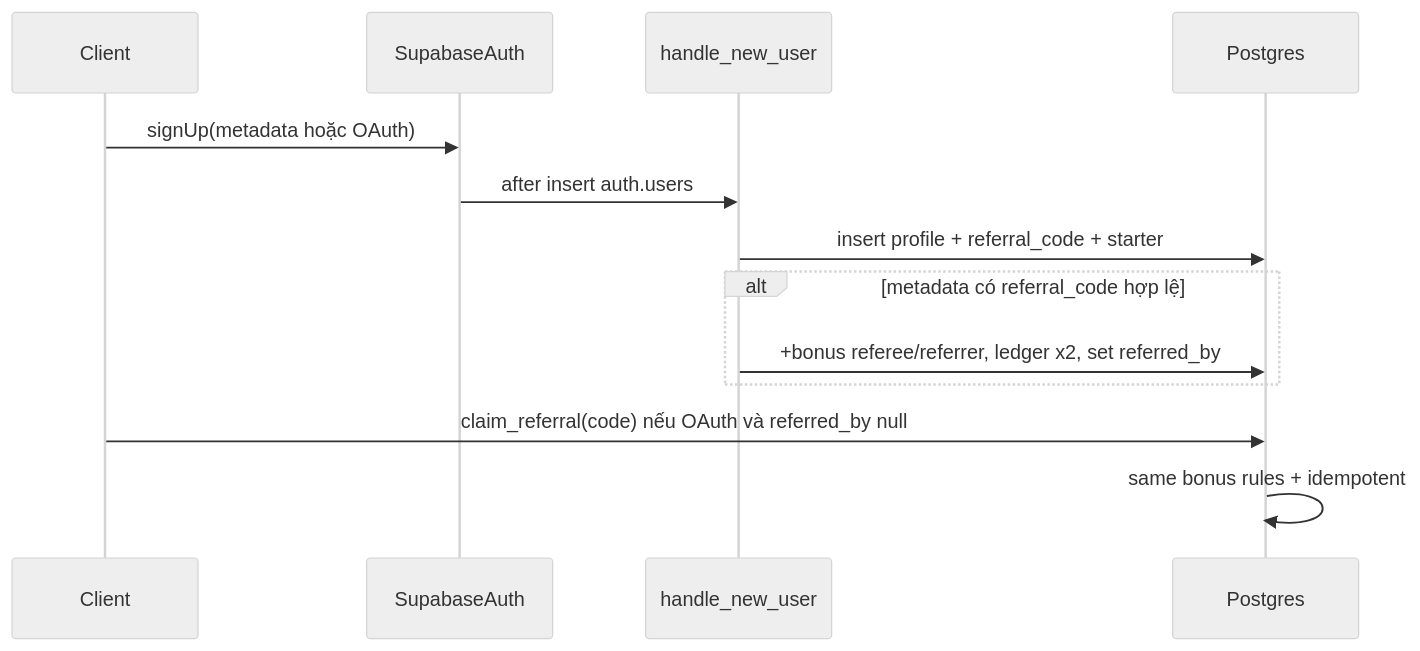
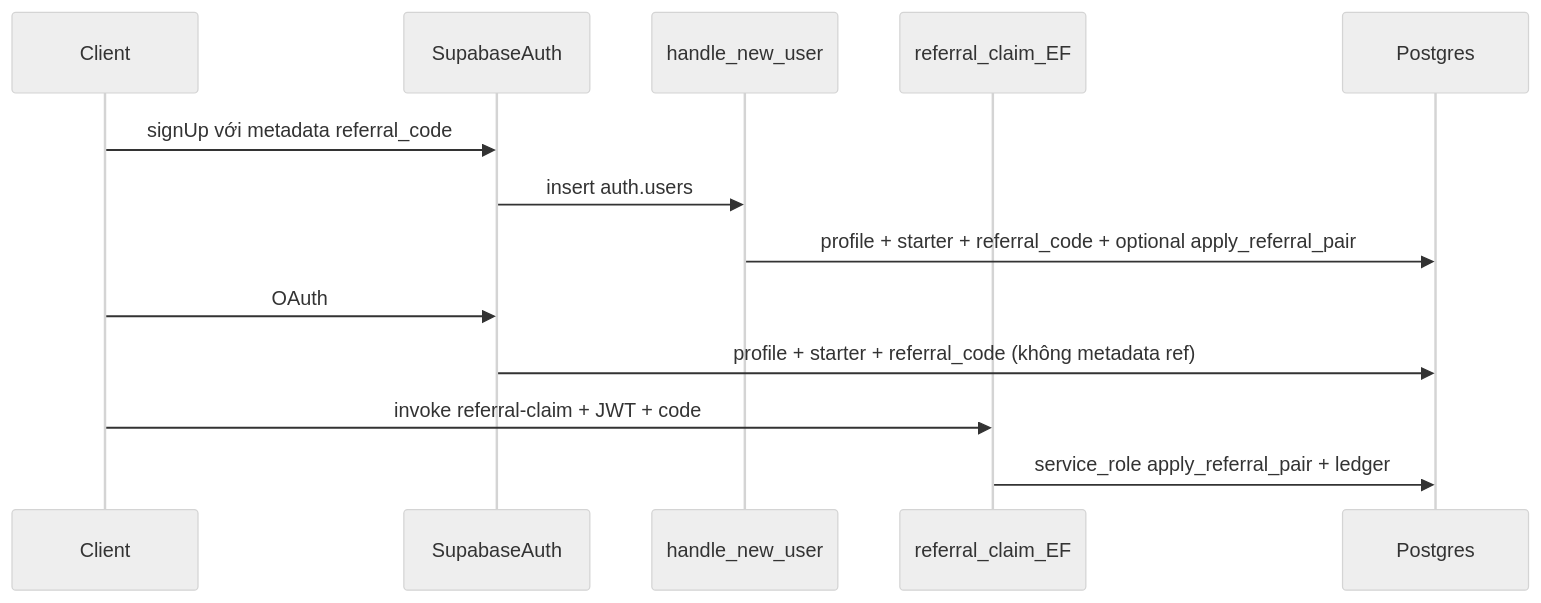
The diagram in .cursor/plans/referral-code-luong.plan.md (tad-agentics/Ngay-lanh-thang-tot), drawn with Mermaid (neutral theme) before and after one commit. The commit also changed other lines of this file and 28 other files, not shown here.

````diff
--- a/.cursor/plans/referral-code-luong.plan.md
+++ b/.cursor/plans/referral-code-luong.plan.md
@@ -42,16 +79,16 @@
 ```mermaid
 sequenceDiagram
   participant Client
   participant Auth as SupabaseAuth
   participant Trg as handle_new_user
+  participant Edge as referral_claim_EF
   participant DB as Postgres
 
-  Client->>Auth: signUp(metadata hoặc OAuth)
-  Auth->>Trg: after insert auth.users
-  Trg->>DB: insert profile + referral_code + starter
-  alt metadata có referral_code hợp lệ
-    Trg->>DB: +bonus referee/referrer, ledger x2, set referred_by
-  end
-  Client->>DB: claim_referral(code) nếu OAuth và referred_by null
-  DB->>DB: same bonus rules + idempotent
+  Client->>Auth: signUp với metadata referral_code
+  Auth->>Trg: insert auth.users
+  Trg->>DB: profile + starter + referral_code + optional apply_referral_pair
+  Client->>Auth: OAuth
+  Auth->>DB: profile + starter + referral_code (không metadata ref)
+  Client->>Edge: invoke referral-claim + JWT + code
+  Edge->>DB: service_role apply_referral_pair + ledger
 ```
````
